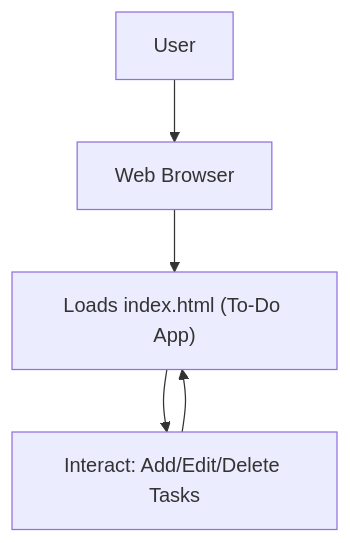
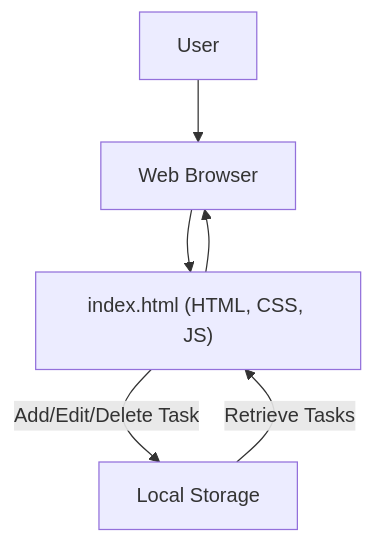
The diagram in README.md (grewal16/to-do), drawn with Mermaid before and after one commit. The commit also changed other lines of this file, not shown here.

````diff
--- a/README.md
+++ b/README.md
@@ -32,7 +37,8 @@
 ```mermaid
 graph TD
     A["User"] --> B["Web Browser"];
-    B --> C["Loads index.html (To-Do App)"];
-    C --> D["Interact: Add/Edit/Delete Tasks"];
-    D --> C;
+    B --> C["index.html (HTML, CSS, JS)"];
+    C -- "Add/Edit/Delete Task" --> D["Local Storage"];
+    D -- "Retrieve Tasks" --> C;
+    C --> B;
 ```
````
